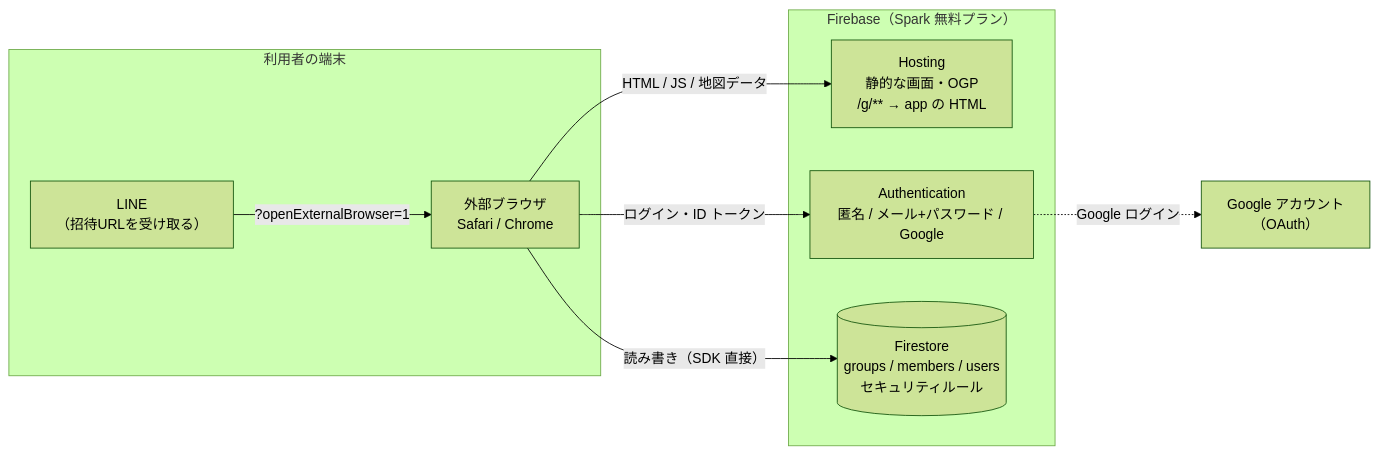
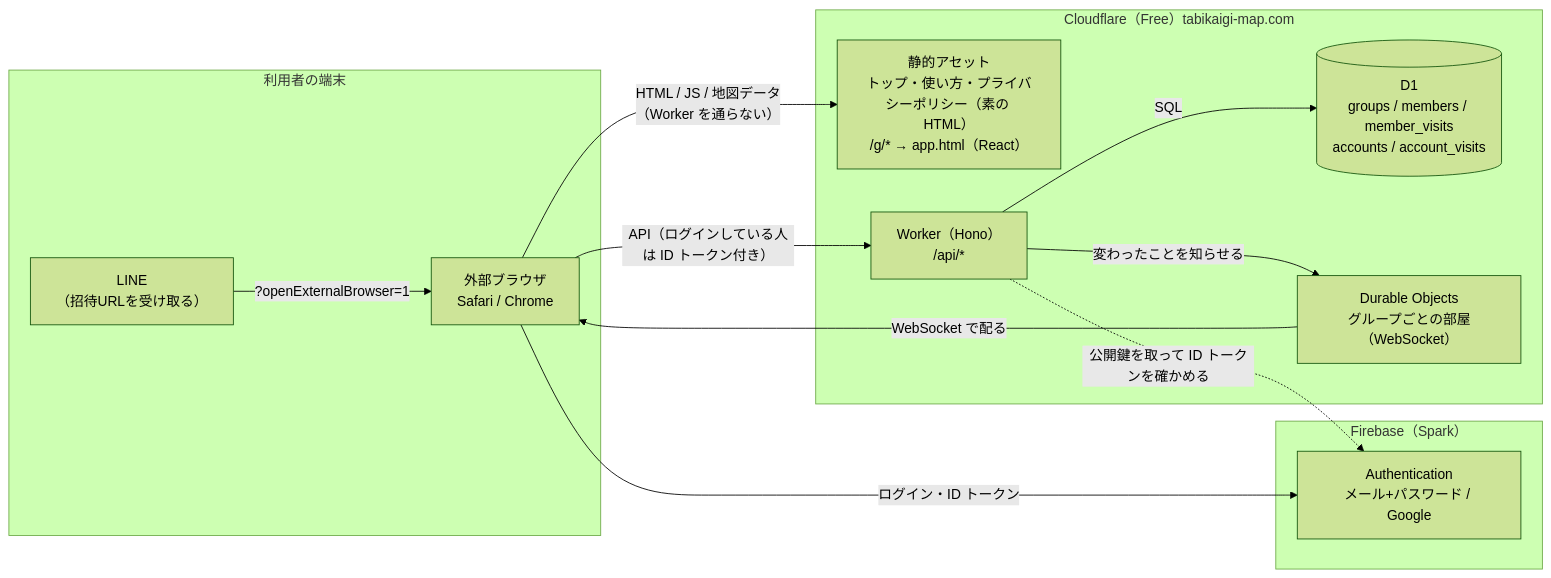
One commit to yuppy52/tabikaigi-map changed the diagram in docs/design/architecture.md. Above: the diagram before and after it, drawn with Mermaid (forest theme). The commit also changed other lines of this file and 11 other files, not shown here.

````diff
--- a/docs/design/architecture.md
+++ b/docs/design/architecture.md
@@ -9,21 +7,27 @@
 ```mermaid
 flowchart LR
   subgraph client["利用者の端末"]
     LINE["LINE<br/>（招待URLを受け取る）"]
     Browser["外部ブラウザ<br/>Safari / Chrome"]
     LINE -- "?openExternalBrowser=1" --> Browser
   end
 
-  subgraph firebase["Firebase（Spark 無料プラン）"]
-    Hosting["Hosting<br/>静的な画面・OGP<br/>/g/** → app の HTML"]
-    Auth["Authentication<br/>匿名 / メール+パスワード / Google"]
-    Firestore[("Firestore<br/>groups / members / users<br/>セキュリティルール")]
+  subgraph cf["Cloudflare（Free）tabikaigi-map.com"]
+    Assets["静的アセット<br/>トップ・使い方・プライバシーポリシー（素の HTML）<br/>/g/* → app.html（React）"]
+    Worker["Worker（Hono）<br/>/api/*"]
+    D1[("D1<br/>groups / members / member_visits<br/>accounts / account_visits")]
+    Room["Durable Objects<br/>グループごとの部屋（WebSocket）"]
   end
 
-  Google["Google アカウント<br/>（OAuth）"]
+  subgraph fb["Firebase（Spark）"]
+    Auth["Authentication<br/>メール+パスワード / Google"]
+  end
 
-  Browser -- "HTML / JS / 地図データ" --> Hosting
+  Browser -- "HTML / JS / 地図データ<br/>（Worker を通らない）" --> Assets
+  Browser -- "API（ログインしている人は ID トークン付き）" --> Worker
+  Worker -- "SQL" --> D1
+  Worker -- "変わったことを知らせる" --> Room
+  Room -- "WebSocket で配る" --> Browser
   Browser -- "ログイン・ID トークン" --> Auth
-  Auth -. "Google ログイン" .-> Google
-  Browser -- "読み書き（SDK 直接）" --> Firestore
+  Worker -. "公開鍵を取って ID トークンを確かめる" .-> Auth
 ```
````
